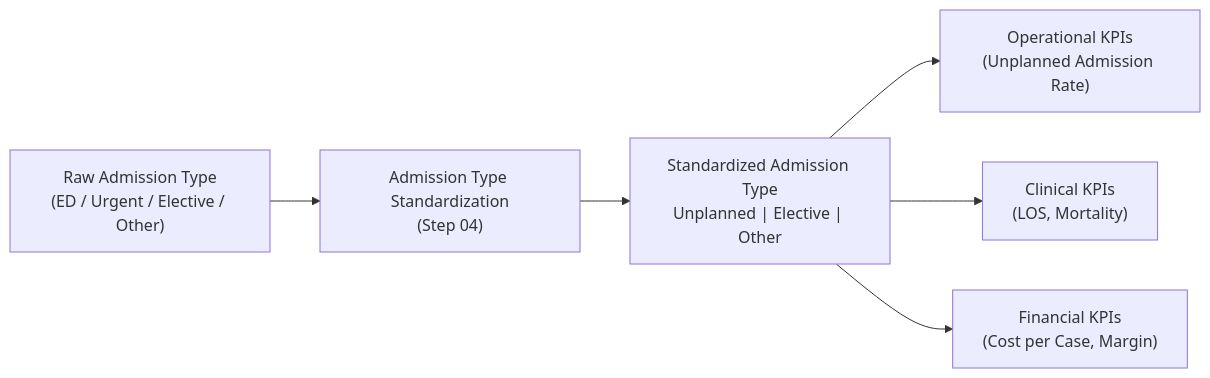
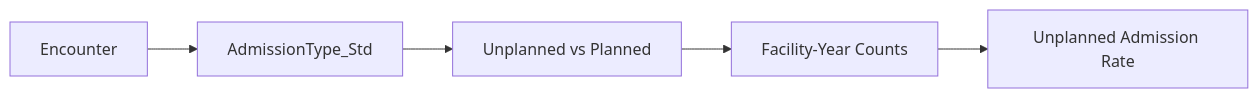
Before and after one commit to jendives2000/LongIsland_NY_Hospitals_SQL_Excel_PowerBI_Analysis: the diagram in 05_KPI_Dev_PowerBI_Modeling/05_03_Unplanned_Admission_Rate/README.md, drawn with Mermaid. The commit also changed other lines of this file and 5 other files, not shown here.

````diff
--- a/05_KPI_Dev_PowerBI_Modeling/05_03_Unplanned_Admission_Rate/README.md
+++ b/05_KPI_Dev_PowerBI_Modeling/05_03_Unplanned_Admission_Rate/README.md
@@ -26,15 +112,9 @@
 ```mermaid
 flowchart LR
-    A["Raw Admission Type<br/>(ED / Urgent / Elective / Other)"]
-    B["Admission Type Standardization<br/>(Step 04)"]
-    C["Standardized Admission Type<br/>Unplanned | Elective | Other"]
-    D["Operational KPIs<br/>(Unplanned Admission Rate)"]
-    E["Clinical KPIs<br/>(LOS, Mortality)"]
-    F["Financial KPIs<br/>(Cost per Case, Margin)"]
-
-    A --> B
-    B --> C
-    C --> D
-    C --> E
-    C --> F
+    A["Encounter"]
+    B["AdmissionType_Std"]
+    C["Unplanned vs Planned"]
+    D["Facility-Year Counts"]
+    E["Unplanned Admission Rate"]
+    A --> B --> C --> D --> E
 ```
````
